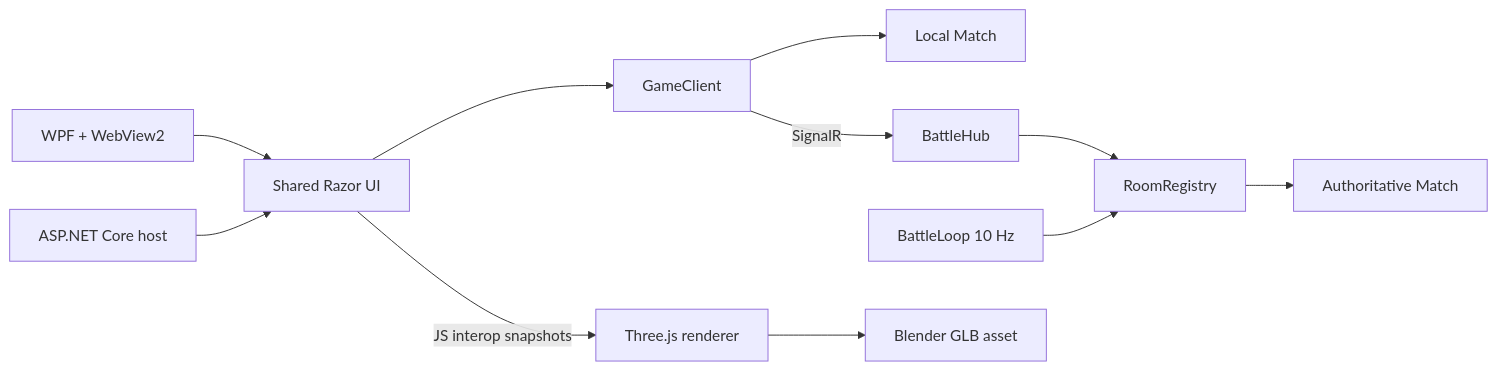
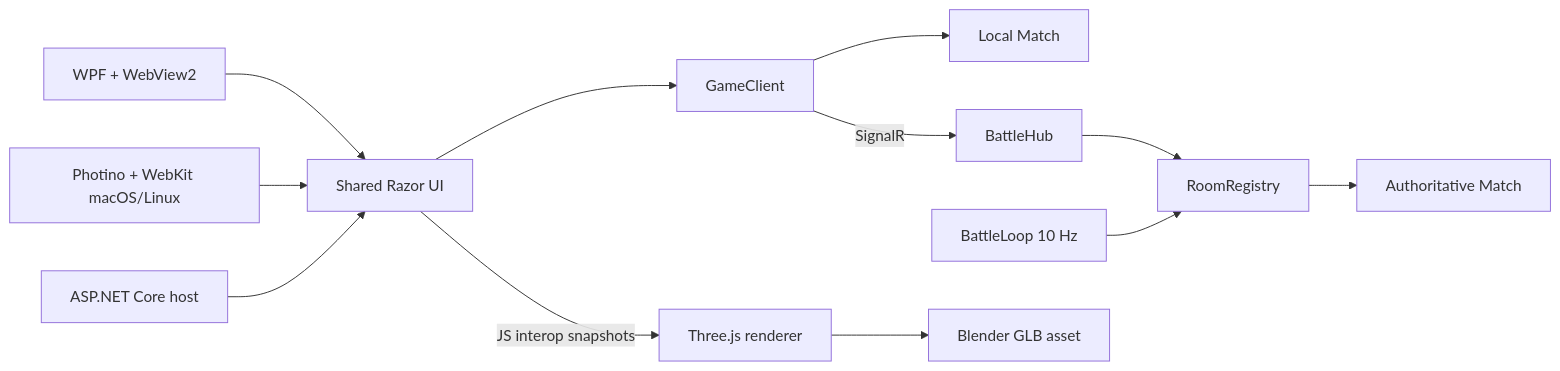
Before and after one commit to SyubadubinStudios/BattleNusantara: the diagram in docs/ARCHITECTURE.md, drawn with Mermaid. The commit also changed other lines of this file and 177 other files, not shown here.

````diff
--- a/docs/ARCHITECTURE.md
+++ b/docs/ARCHITECTURE.md
@@ -5,13 +5,14 @@
 ```mermaid
 flowchart LR
     WPF[WPF + WebView2] --> UI[Shared Razor UI]
+    Photino[Photino + WebKit macOS/Linux] --> UI
     Web[ASP.NET Core host] --> UI
     UI --> Client[GameClient]
     Client --> Local[Local Match]
     Client -->|SignalR| Hub[BattleHub]
     Hub --> Rooms[RoomRegistry]
     Tick[BattleLoop 10 Hz] --> Rooms
     Rooms --> Match[Authoritative Match]
     UI -->|JS interop snapshots| Three[Three.js renderer]
     Three --> GLB[Blender GLB asset]
 ```
````
